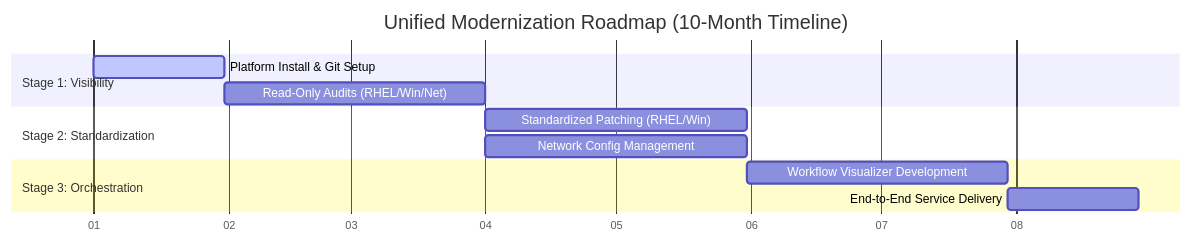
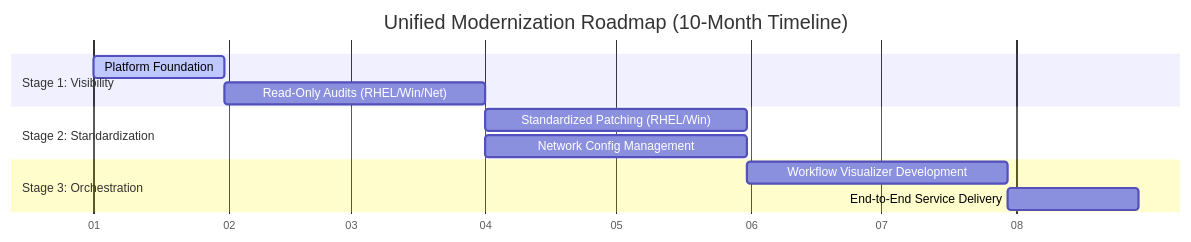
Before and after one commit to ppremru/LaunchAdoption-AAP: the diagram in usecase/roadmap/00_Executive_Summary.md, drawn with Mermaid.

Commit message:
Rename 'Platform Install & Git Setup' to 'Platform Foundation'

````diff
--- a/usecase/roadmap/00_Executive_Summary.md
+++ b/usecase/roadmap/00_Executive_Summary.md
@@ -31,18 +31,18 @@
 ```mermaid
 gantt
     title Unified Modernization Roadmap (10-Month Timeline)
     dateFormat  YYYY-MM-DD
     axisFormat  %m
     
     section Stage 1: Visibility
-    Platform Install & Git Setup      :active, s1, 2026-01-01, 30d
+    Platform Foundation      :active, s1, 2026-01-01, 30d
     Read-Only Audits (RHEL/Win/Net)  :s2, after s1, 60d
     
     section Stage 2: Standardization
     Standardized Patching (RHEL/Win)  :s3, after s2, 60d
     Network Config Management         :s4, after s2, 60d
     
     section Stage 3: Orchestration
     Workflow Visualizer Development   :s5, after s4, 60d
     End-to-End Service Delivery       :s6, after s5, 30d
 ```
````
